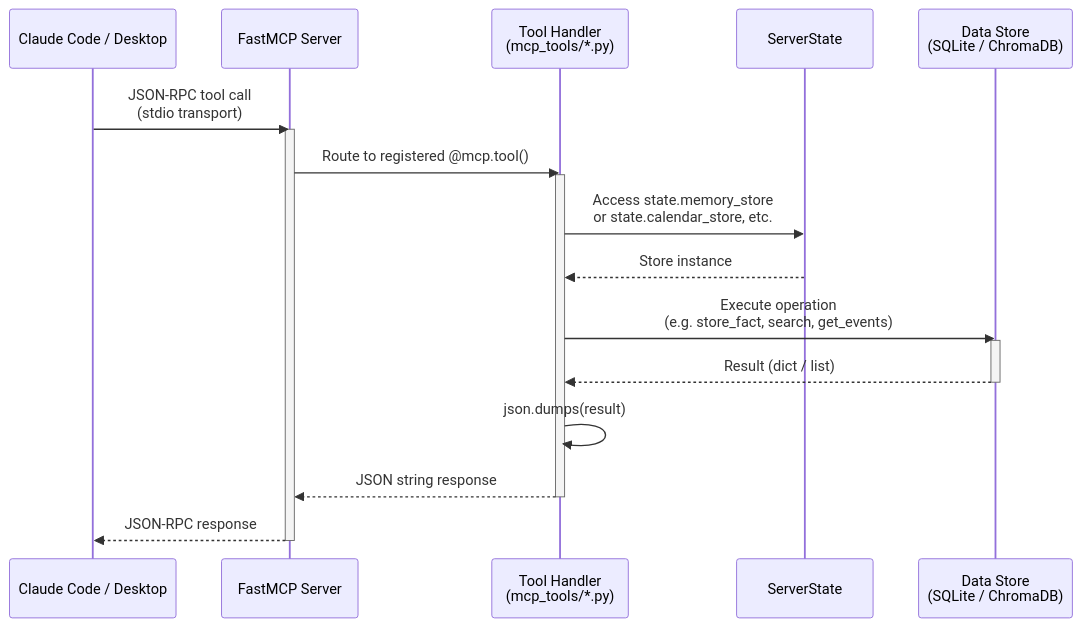
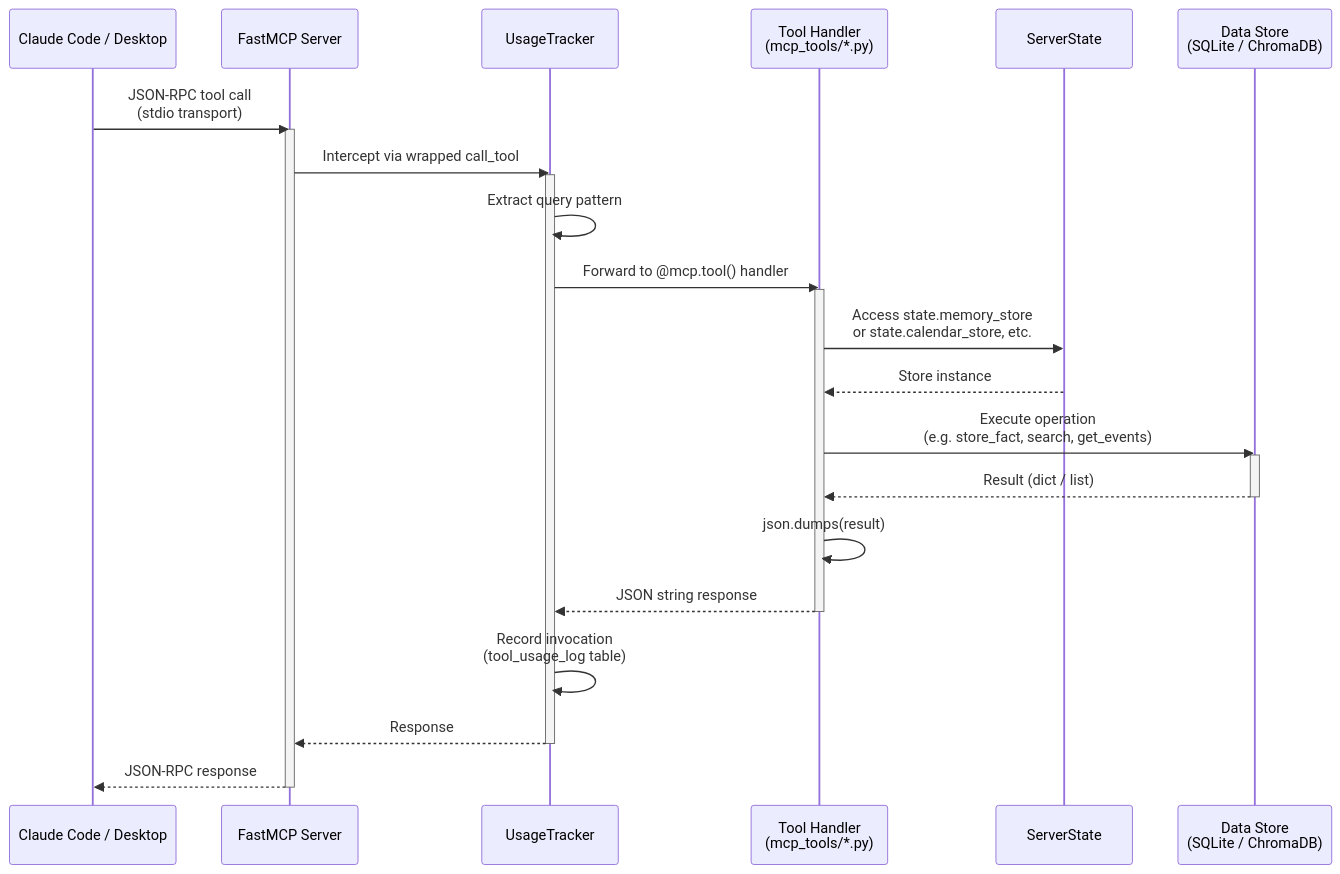
The second of 18 diagrams in docs/architecture.md (jrichyrich/chief-of-staff), drawn with Mermaid before and after one commit. The commit also changed other lines of this file and 9 other files, not shown here.

First line of the commit message:
docs: comprehensive documentation overhaul with architecture diagrams and ADRs

````diff
--- a/docs/architecture.md
+++ b/docs/architecture.md
@@ -216,29 +234,38 @@
 ```mermaid
 sequenceDiagram
     participant Client as Claude Code / Desktop
     participant FastMCP as FastMCP Server
+    participant Tracker as UsageTracker
     participant Handler as Tool Handler<br/>(mcp_tools/*.py)
     participant State as ServerState
     participant Store as Data Store<br/>(SQLite / ChromaDB)
 
     Client->>FastMCP: JSON-RPC tool call<br/>(stdio transport)
     activate FastMCP
 
-    FastMCP->>Handler: Route to registered @mcp.tool()
+    FastMCP->>Tracker: Intercept via wrapped call_tool
+    activate Tracker
+    Tracker->>Tracker: Extract query pattern
+
+    Tracker->>Handler: Forward to @mcp.tool() handler
     activate Handler
 
     Handler->>State: Access state.memory_store<br/>or state.calendar_store, etc.
     State-->>Handler: Store instance
 
     Handler->>Store: Execute operation<br/>(e.g. store_fact, search, get_events)
     activate Store
     Store-->>Handler: Result (dict / list)
     deactivate Store
 
     Handler->>Handler: json.dumps(result)
-    Handler-->>FastMCP: JSON string response
+    Handler-->>Tracker: JSON string response
     deactivate Handler
+
+    Tracker->>Tracker: Record invocation<br/>(tool_usage_log table)
+    Tracker-->>FastMCP: Response
+    deactivate Tracker
 
     FastMCP-->>Client: JSON-RPC response
     deactivate FastMCP
 ```
````
